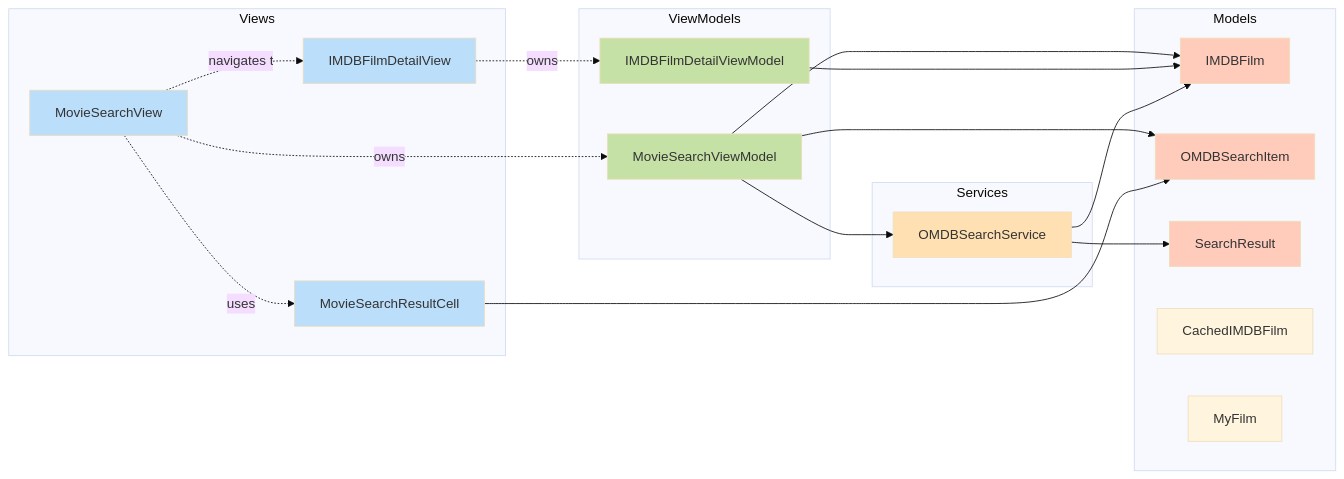
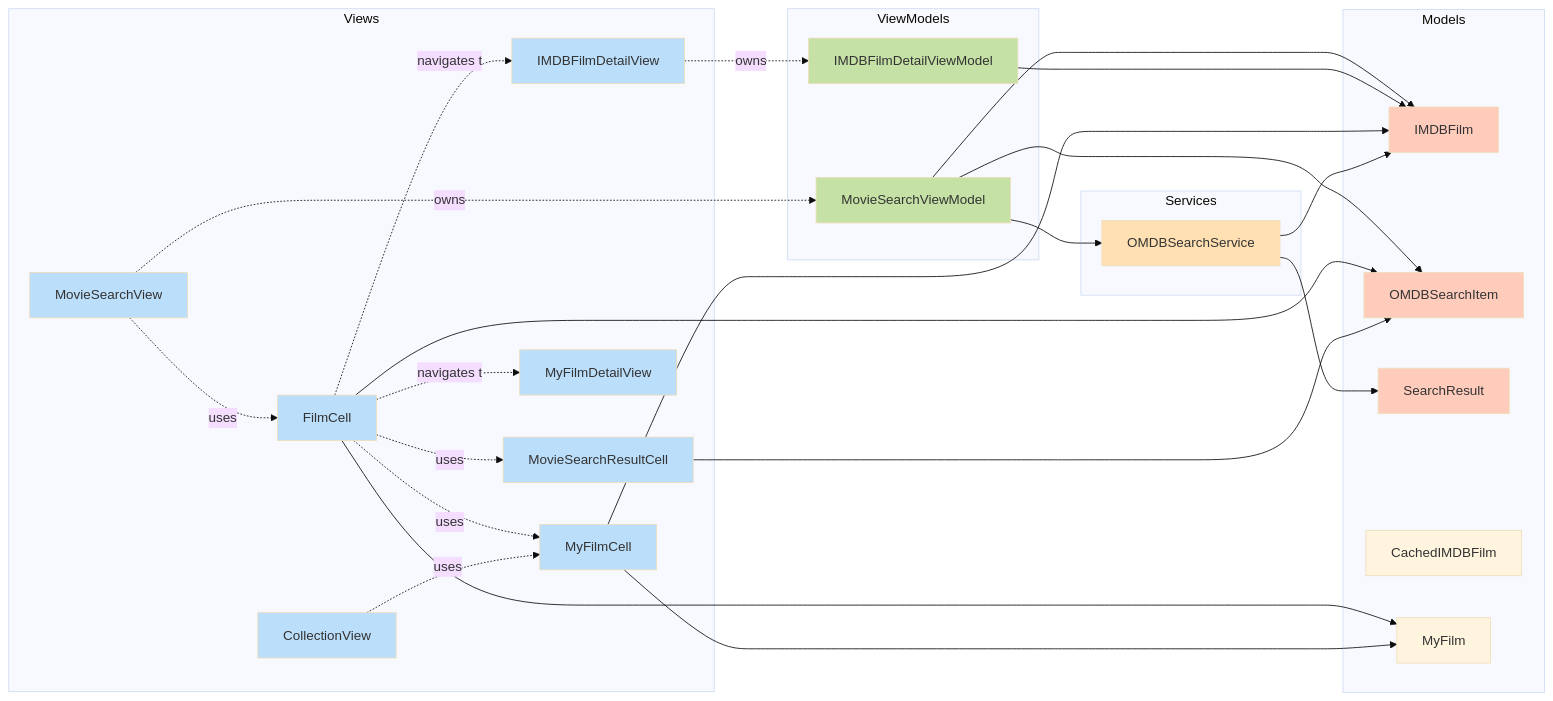
The third of 13 diagrams in docs/ARCHITECTURE.md (tillg/filmz2), drawn with Mermaid (base theme) before and after one commit. The commit also changed other lines of this file and 5 other files, not shown here.

First line of the commit message:
Implement FilmCell wrapper pattern for unified film display

````diff
--- a/docs/ARCHITECTURE.md
+++ b/docs/ARCHITECTURE.md
@@ -109,50 +117,66 @@
 ```mermaid
 graph LR
     subgraph "Views"
         MSV[MovieSearchView]
         IFDV[IMDBFilmDetailView]
+        FC[FilmCell]
         MSRC[MovieSearchResultCell]
+        MFC[MyFilmCell]
+        CollV[CollectionView]
+        MFDV[MyFilmDetailView]
     end
 
     subgraph "ViewModels"
         MSVM[MovieSearchViewModel]
         IFDVM[IMDBFilmDetailViewModel]
     end
 
     subgraph "Models"
         IF[IMDBFilm]
         OSI[OMDBSearchItem]
         SR[SearchResult]
         CIF[CachedIMDBFilm]
         MF[MyFilm]
     end
 
     subgraph "Services"
         OMDB[OMDBSearchService]
     end
 
     MSV -.owns.-> MSVM
-    MSV -.uses.-> MSRC
-    MSV -.navigates to.-> IFDV
+    MSV -.uses.-> FC
+    FC -.uses.-> MSRC
+    FC -.uses.-> MFC
+    FC -.navigates to.-> IFDV
+    FC -.navigates to.-> MFDV
+    CollV -.uses.-> MFC
     IFDV -.owns.-> IFDVM
 
     MSVM --> OMDB
     MSVM --> OSI
     MSVM --> IF
 
     IFDVM --> IF
+    FC --> OSI
+    FC --> MF
     MSRC --> OSI
+    MFC --> MF
+    MFC --> IF
 
     OMDB --> SR
     OMDB --> IF
 
     style MSV fill:#bbdefb
     style IFDV fill:#bbdefb
+    style FC fill:#bbdefb
     style MSRC fill:#bbdefb
+    style MFC fill:#bbdefb
+    style CollV fill:#bbdefb
+    style MFDV fill:#bbdefb
     style MSVM fill:#c5e1a5
     style IFDVM fill:#c5e1a5
     style IF fill:#ffccbc
     style OSI fill:#ffccbc
     style SR fill:#ffccbc
     style OMDB fill:#ffe0b2
 ```
````
